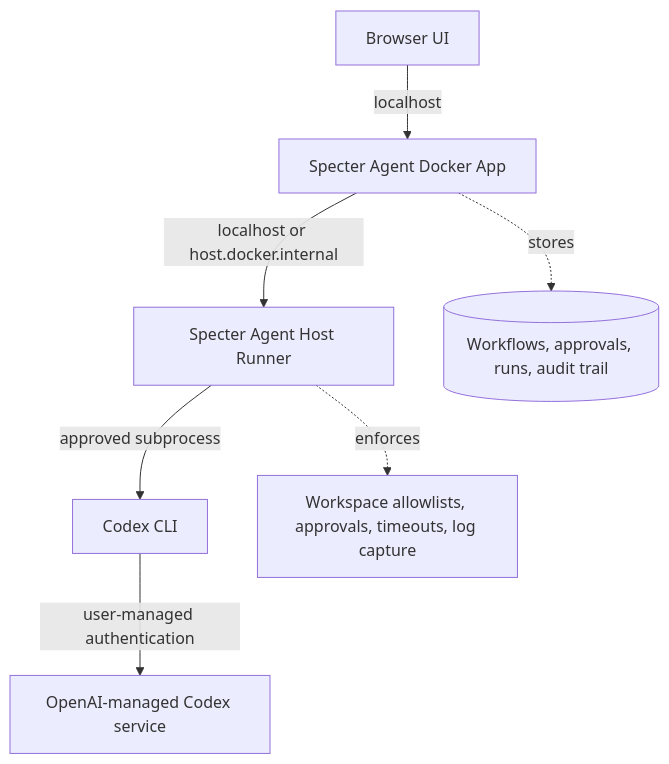
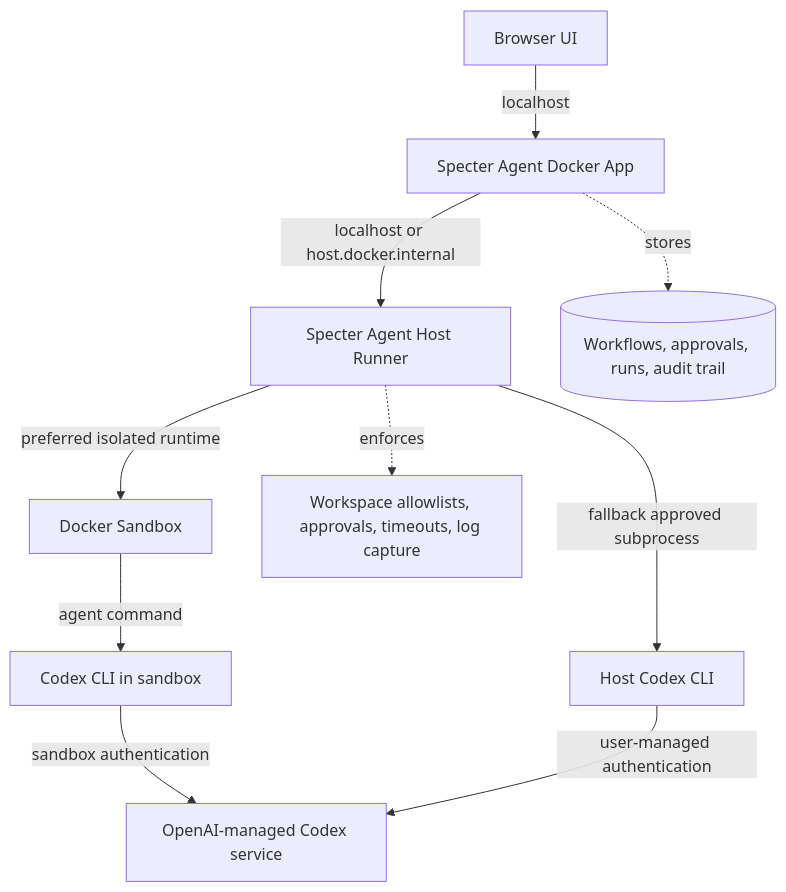
The diagram in docs/codex-cli-host-runner.md (navjyotnishant/specter-agent), drawn with Mermaid before and after one commit. The commit also changed other lines of this file and 17 other files, not shown here.

Commit message:
feat: add sandbox runtime and approval gate timeouts

````diff
--- a/docs/codex-cli-host-runner.md
+++ b/docs/codex-cli-host-runner.md
@@ -10,10 +11,13 @@
 ```mermaid
 flowchart TD
     Browser[Browser UI] -->|localhost| App[Specter Agent Docker App]
     App -->|localhost or host.docker.internal| Runner[Specter Agent Host Runner]
-    Runner -->|approved subprocess| Codex[Codex CLI]
+    Runner -->|preferred isolated runtime| Sandbox[Docker Sandbox]
+    Sandbox -->|agent command| CodexSandbox[Codex CLI in sandbox]
+    Runner -->|fallback approved subprocess| Codex[Host Codex CLI]
+    CodexSandbox -->|sandbox authentication| OpenAI[OpenAI-managed Codex service]
     Codex -->|user-managed authentication| OpenAI[OpenAI-managed Codex service]
 
     App -. stores .-> State[(Workflows, approvals, runs, audit trail)]
     Runner -. enforces .-> Policy[Workspace allowlists, approvals, timeouts, log capture]
 ```
````
